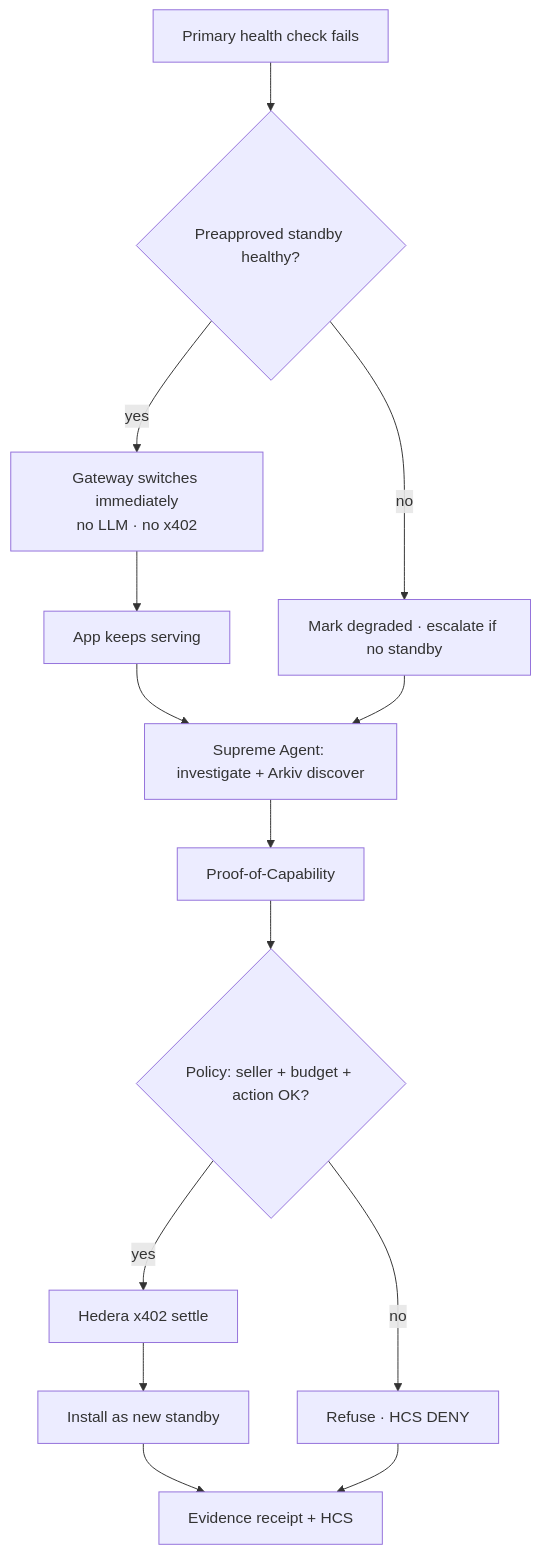
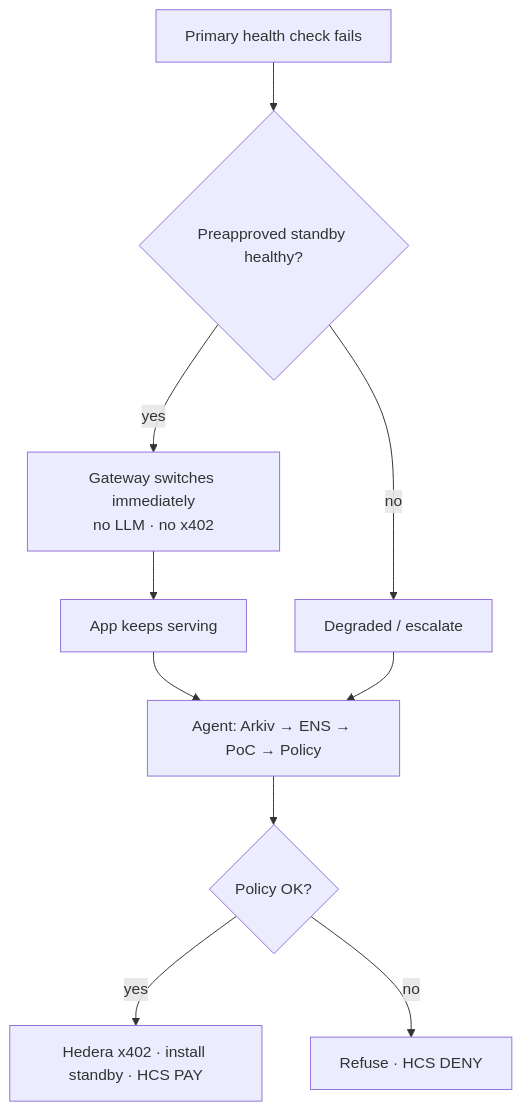
One commit to Shadow-Ash/NeverDown changed the diagram in README.md. Above: the diagram before and after it, drawn with Mermaid. The commit also changed other lines of this file and 6 other files, not shown here.

Commit message:
docs: expand NeverDown architecture and detailed C0-C10 build guide

````diff
--- a/README.md
+++ b/README.md
@@ -313,16 +54,12 @@
 ```mermaid
 flowchart TD
   Fail["Primary health check fails"] --> Fast{"Preapproved standby healthy?"}
   Fast -->|yes| Switch["Gateway switches immediately\nno LLM · no x402"]
   Switch --> Serve["App keeps serving"]
-  Fast -->|no| Alert["Mark degraded · escalate if no standby"]
-  Serve --> Procure["Supreme Agent: investigate + Arkiv discover"]
+  Fast -->|no| Alert["Degraded / escalate"]
+  Serve --> Procure["Agent: Arkiv → ENS → PoC → Policy"]
   Alert --> Procure
-  Procure --> PoC["Proof-of-Capability"]
-  PoC --> Gate{"Policy: seller + budget + action OK?"}
-  Gate -->|yes| Pay["Hedera x402 settle"]
-  Pay --> Install["Install as new standby"]
+  Procure --> Gate{"Policy OK?"}
+  Gate -->|yes| Pay["Hedera x402 · install standby · HCS PAY"]
   Gate -->|no| Deny["Refuse · HCS DENY"]
-  Install --> Evidence["Evidence receipt + HCS"]
-  Deny --> Evidence
 ```
````
